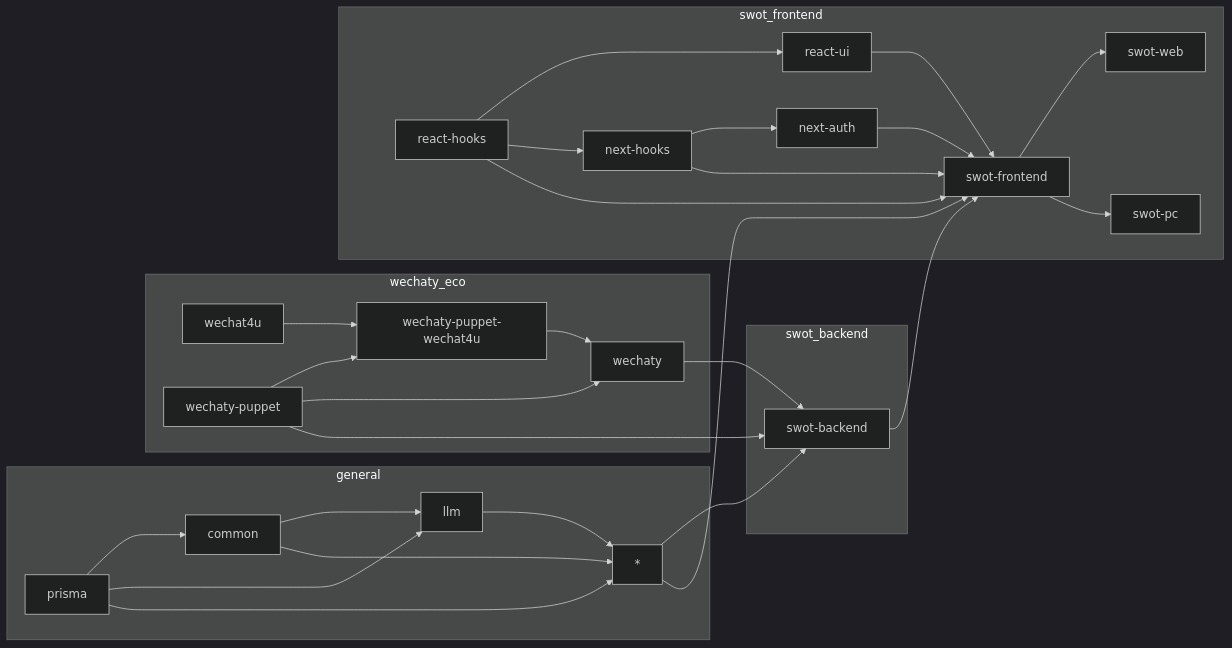
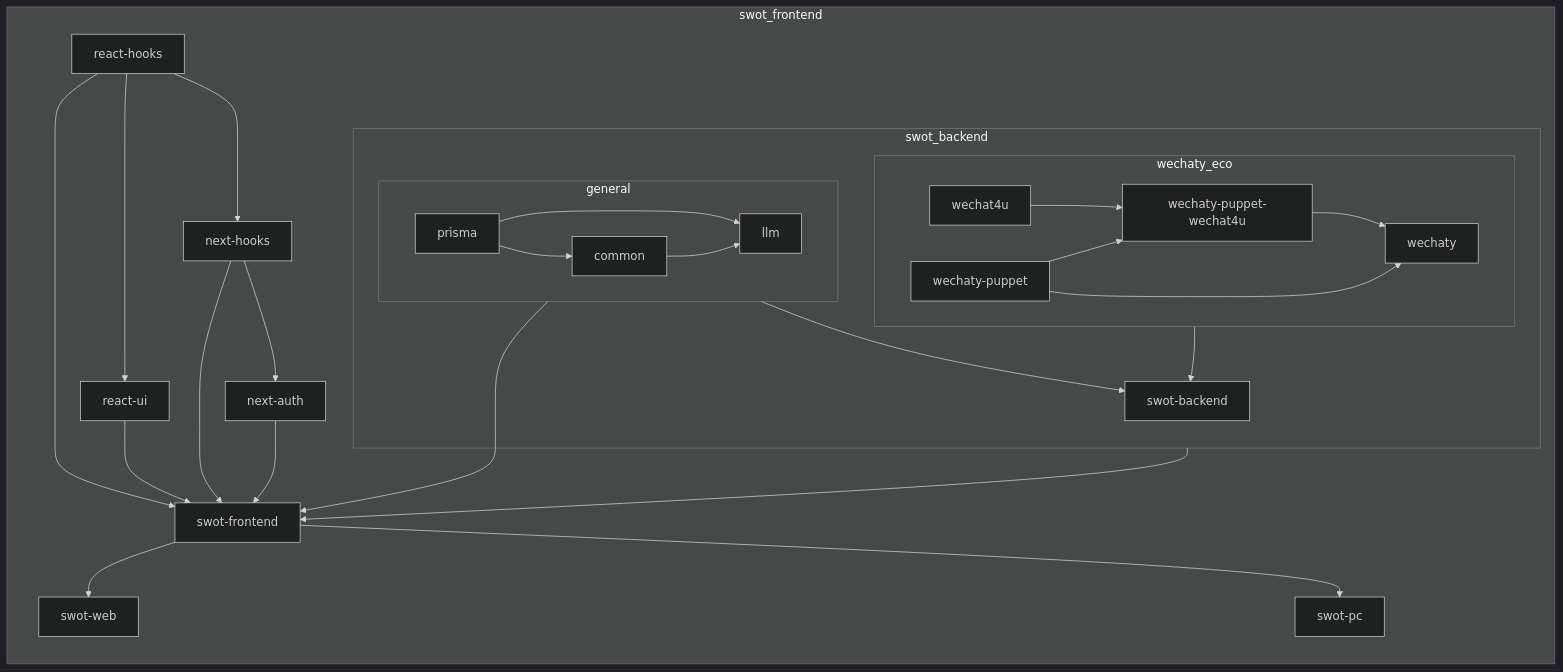
One commit to cs-magic/codebase-ts changed the diagram in README.md. Above: the diagram before and after it, drawn with Mermaid (dark theme).

Commit message:
better diagram

````diff
--- a/README.md
+++ b/README.md
@@ -9,30 +9,28 @@
 ```mermaid
 graph LR;
     subgraph general
-        prisma --> common & llm & *;
-        common --> llm & *;
-        llm --> *;
+        prisma --> common & llm;
+        common --> llm;
     end
     
     subgraph wechaty_eco
         wechat4u --> wechaty-puppet-wechat4u;
         wechaty-puppet --> wechaty-puppet-wechat4u & wechaty;
         wechaty-puppet-wechat4u --> wechaty;
     end
     
     subgraph swot_backend
-        * --> swot-backend;
-        wechaty-puppet --> swot-backend;
-        wechaty --> swot-backend;
+        general --> swot-backend;
+        wechaty_eco --> swot-backend;
     end
     
     subgraph swot_frontend
-        * --> swot-frontend;
-        swot-backend --> swot-frontend;
+        general --> swot-frontend;
+        swot_backend --> swot-frontend;
         react-hooks --> react-ui & next-hooks & swot-frontend;
         react-ui --> swot-frontend;
         next-hooks --> next-auth & swot-frontend;
         next-auth --> swot-frontend;
         swot-frontend --> swot-web & swot-pc;
     end
 ```
````
